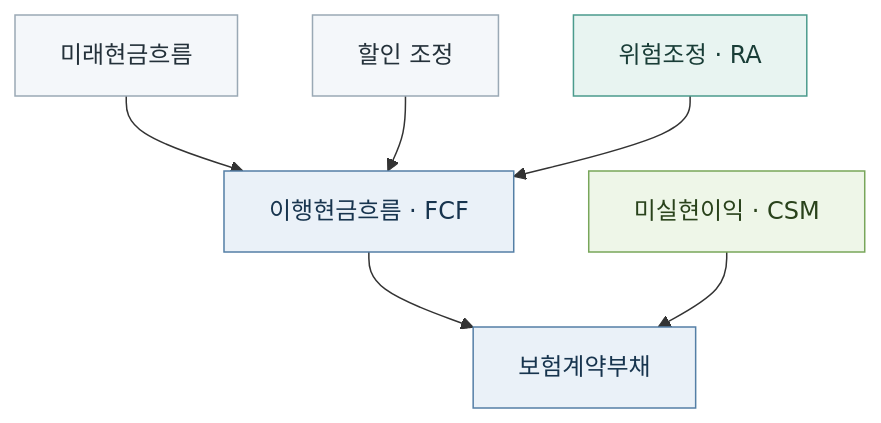
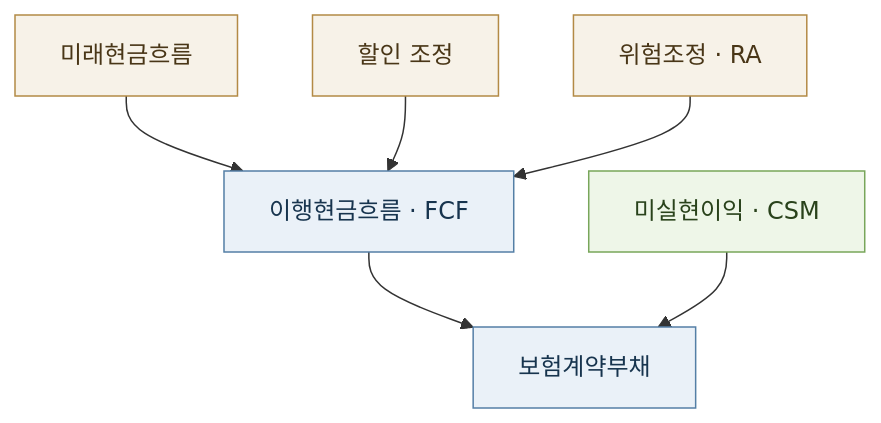
The diagram in docs/tutorial/01-ifrs17.md (seokhoonj/fastcashflow), drawn with Mermaid before and after one commit. The commit also changed 14 other files, not shown here.

First line of the commit message:
docs: unify every diagram to one flowchart style and fix the brief/figure layout

````diff
--- a/docs/tutorial/01-ifrs17.md
+++ b/docs/tutorial/01-ifrs17.md
@@ -100,23 +100,21 @@
 ```{mermaid}
 flowchart TB
     A["미래현금흐름"]
     B["할인 조정"]
     C["위험조정 · RA"]
     D["미실현이익 · CSM"]
     FCF["이행현금흐름 · FCF"]
     LIAB["보험계약부채"]
     A --> FCF
     B --> FCF
     C --> FCF
     FCF --> LIAB
     D --> LIAB
 
-    classDef input fill:#f4f7fa,stroke:#9aa9b5,color:#24313a
-    classDef risk fill:#e8f4f1,stroke:#4b9b8d,color:#193d37
-    classDef margin fill:#eef6e8,stroke:#78a65a,color:#29421b
-    classDef result fill:#eaf1f8,stroke:#547fa6,color:#17344e
-    class A,B input
-    class C risk
-    class D margin
-    class FCF,LIAB result
+    classDef stock fill:#eaf1f8,stroke:#547fa6,color:#17344e
+    classDef inflow fill:#eef6e8,stroke:#78a65a,color:#29421b
+    classDef step fill:#f7f2e8,stroke:#b38a45,color:#493617
+    class A,B,C step
+    class D inflow
+    class FCF,LIAB stock
 ```
````
